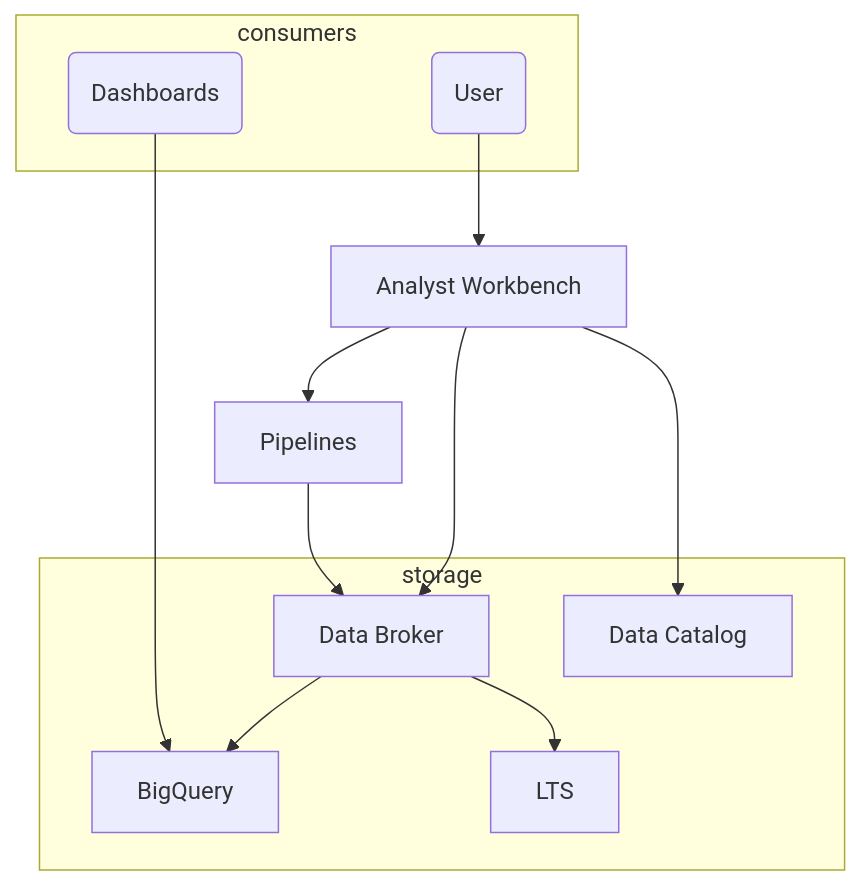
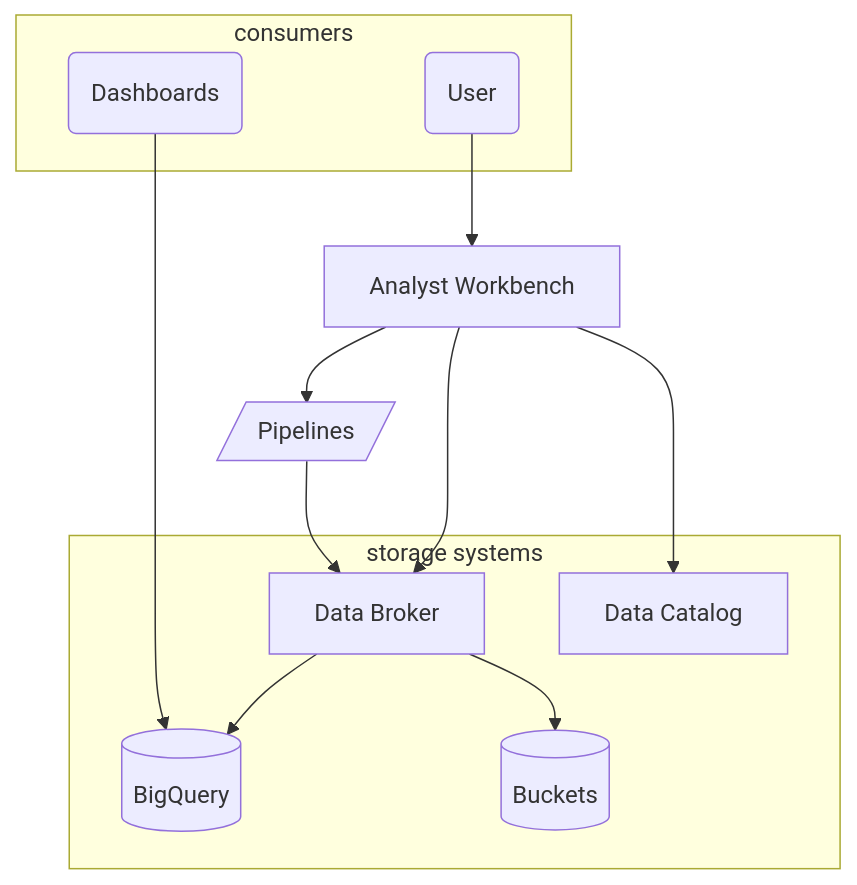
Before and after one commit to mabel-dev/korolev: the first of 2 diagrams in README.md, drawn with Mermaid. The commit also changed other lines of this file, not shown here.

```diff
--- a/README.md
+++ b/README.md
@@ -168,18 +168,18 @@
 ~~~mermaid
 flowchart TD
     ESI(Dashboards) --> BQ
     USER(User) --> WB[Analyst Workbench]
     WB --> CATALOG[Data Catalog]
     WB --> BROKER[Data Broker]
-    WB --> PIPE[Pipelines]
+    WB --> PIPE[/Pipelines/]
     PIPE --> BROKER
-    subgraph storage
+    subgraph storage systems
         CATALOG
-        BROKER --> DATA[LTS]
-        BROKER --> BQ[BigQuery]
+        BROKER --> DATA[(Buckets)]
+        BROKER --> BQ[(BigQuery)]
     end
     subgraph consumers
         ESI
         USER
     end
 ~~~
```
